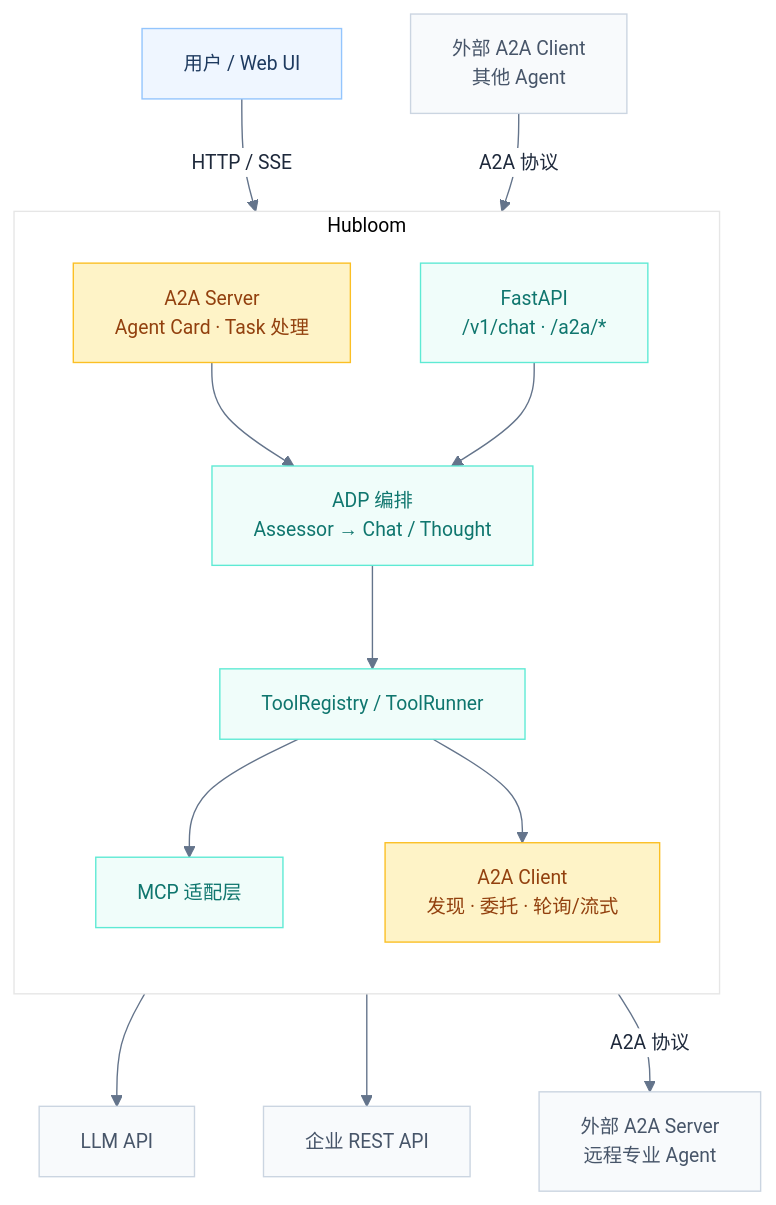
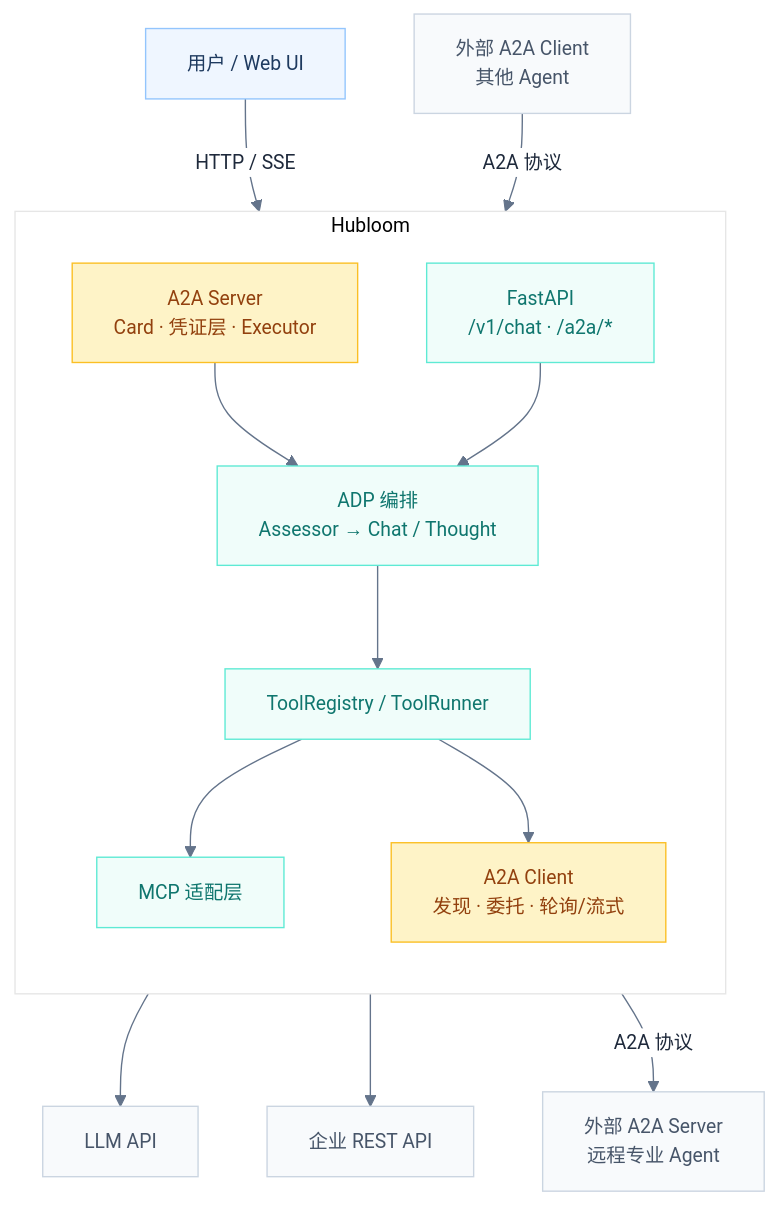
Before and after one commit to Zhong-y-j/Hubloom: the first of 10 diagrams in docs/Hubloom-A2A互联.md, drawn with Mermaid. The commit also changed other lines of this file and 3 other files, not shown here.

````diff
--- a/docs/Hubloom-A2A互联.md
+++ b/docs/Hubloom-A2A互联.md
@@ -42,41 +45,41 @@
 ```mermaid
 %%{init: {"theme":"base","themeVariables":{"background":"#ffffff","primaryColor":"#ffffff","primaryBorderColor":"#cbd5e1","primaryTextColor":"#1e293b","lineColor":"#64748b","fontSize":"14px"}}}%%
 flowchart TB
     U["用户 / Web UI"]
     EA["外部 A2A Client<br/>其他 Agent"]
     RA["外部 A2A Server<br/>远程专业 Agent"]
 
     subgraph H["Hubloom"]
         direction TB
         API["FastAPI<br/>/v1/chat · /a2a/*"]
         ADP["ADP 编排<br/>Assessor → Chat / Thought"]
         TOOLS["ToolRegistry / ToolRunner"]
         MCP["MCP 适配层"]
         A2AC["A2A Client<br/>发现 · 委托 · 轮询/流式"]
-        A2AS["A2A Server<br/>Agent Card · Task 处理"]
+        A2AS["A2A Server<br/>Card · 凭证层 · Executor"]
     end
 
     REST["企业 REST API"]
     LLM["LLM API"]
 
     U -->|"HTTP / SSE"| API
     EA -->|"A2A 协议"| A2AS
     A2AS --> ADP
     API --> ADP
     ADP --> LLM
     ADP --> TOOLS
     TOOLS --> MCP
     TOOLS --> A2AC
     MCP --> REST
     A2AC -->|"A2A 协议"| RA
 
     classDef user fill:#eff6ff,stroke:#93c5fd,color:#1e3a5f
     classDef hub fill:#f0fdfa,stroke:#5eead4,color:#0f766e
     classDef a2a fill:#fef3c7,stroke:#fbbf24,color:#92400e
     classDef ext fill:#f8fafc,stroke:#cbd5e1,color:#475569
 
     class U user
     class API,ADP,TOOLS,MCP hub
     class A2AC,A2AS a2a
     class EA,RA,REST,LLM ext
 ```
````
